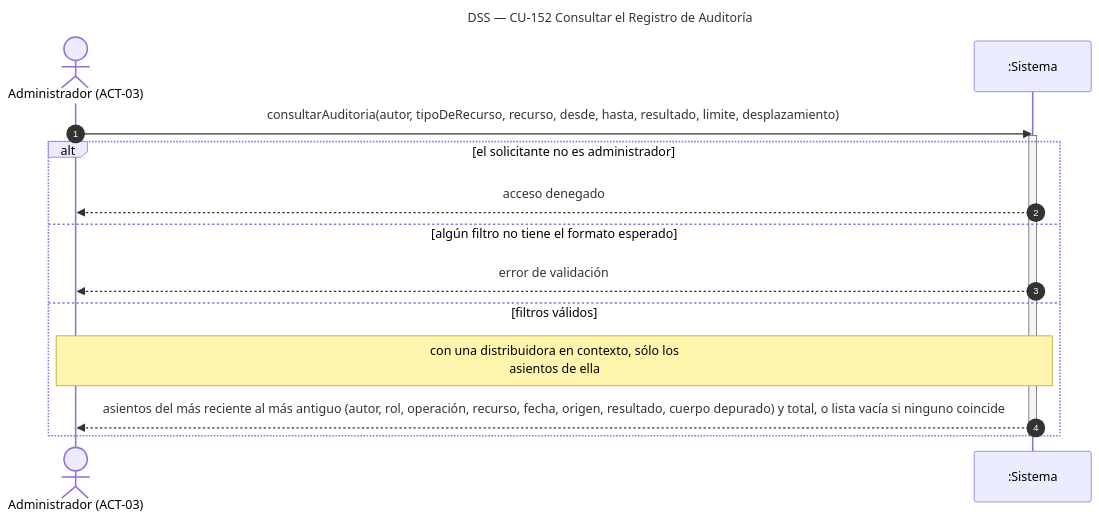
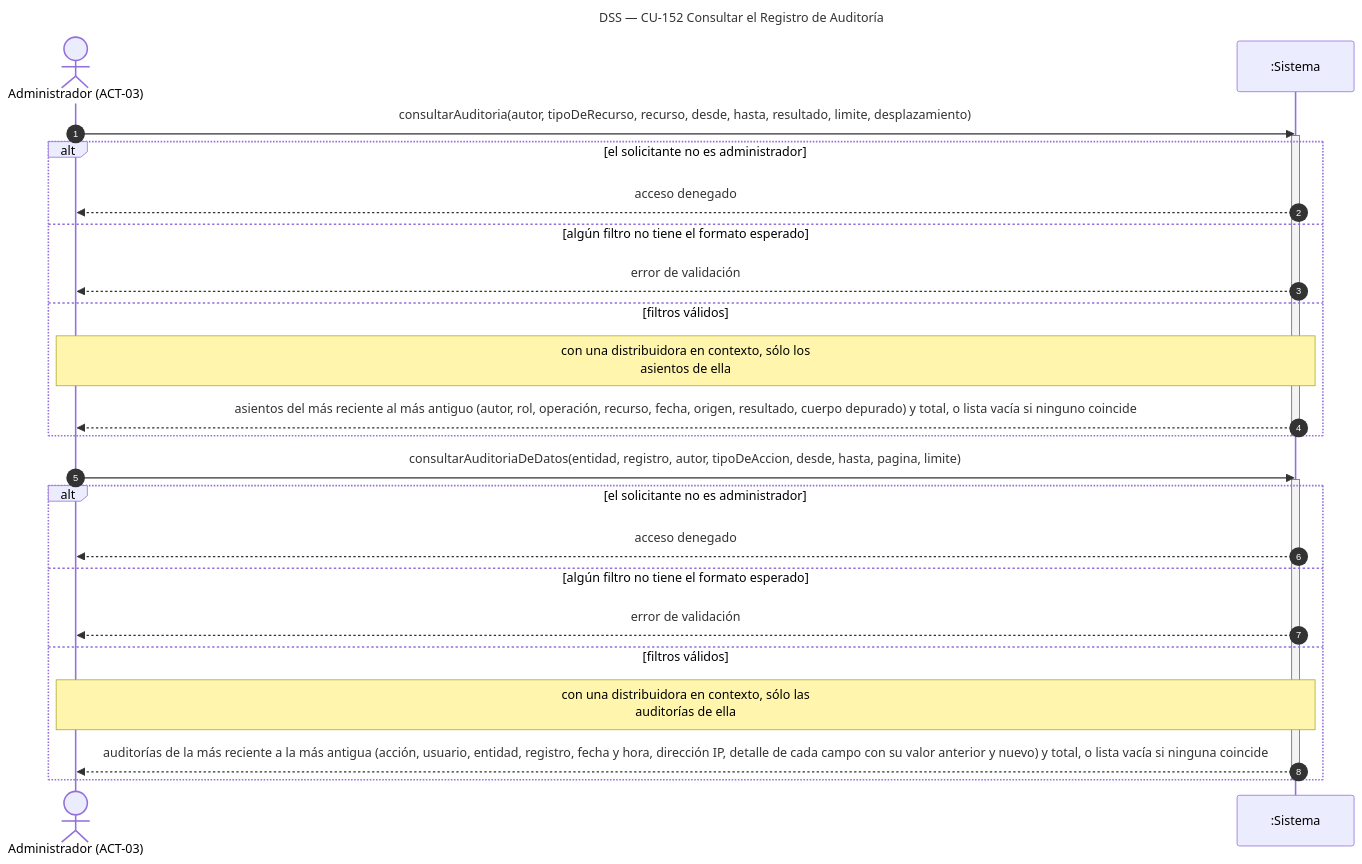
Before and after one commit to Nahuelito-Dev/splg-docs: the diagram in diagramas/DSS_CU-152_Consultar-El-Registro-De-Auditoria.mmd, drawn with Mermaid. The commit also changed 1851 other files, not shown here.

First line of the commit message:
docs: documentación completa en notación UML, un caso de uso por operación y modelo de datos al día

```diff
--- a/diagramas/DSS_CU-152_Consultar-El-Registro-De-Auditoria.mmd
+++ b/diagramas/DSS_CU-152_Consultar-El-Registro-De-Auditoria.mmd
@@ -1,17 +1,29 @@
 sequenceDiagram
     title DSS — CU-152 Consultar el Registro de Auditoría
     autonumber
     actor ADM as Administrador (ACT-03)
     participant SIS as :Sistema
 
     ADM->>SIS: consultarAuditoria(autor, tipoDeRecurso, recurso, desde, hasta, resultado, limite, desplazamiento)
     activate SIS
     alt el solicitante no es administrador
         SIS-->>ADM: acceso denegado
     else algún filtro no tiene el formato esperado
         SIS-->>ADM: error de validación
     else filtros válidos
         Note over ADM,SIS: con una distribuidora en contexto, sólo los<br/>asientos de ella
         SIS-->>ADM: asientos del más reciente al más antiguo (autor, rol, operación, recurso, fecha, origen, resultado, cuerpo depurado) y total, o lista vacía si ninguno coincide
     end
     deactivate SIS
+
+    ADM->>SIS: consultarAuditoriaDeDatos(entidad, registro, autor, tipoDeAccion, desde, hasta, pagina, limite)
+    activate SIS
+    alt el solicitante no es administrador
+        SIS-->>ADM: acceso denegado
+    else algún filtro no tiene el formato esperado
+        SIS-->>ADM: error de validación
+    else filtros válidos
+        Note over ADM,SIS: con una distribuidora en contexto, sólo las<br/>auditorías de ella
+        SIS-->>ADM: auditorías de la más reciente a la más antigua (acción, usuario, entidad, registro, fecha y hora, dirección IP, detalle de cada campo con su valor anterior y nuevo) y total, o lista vacía si ninguna coincide
+    end
+    deactivate SIS
```
